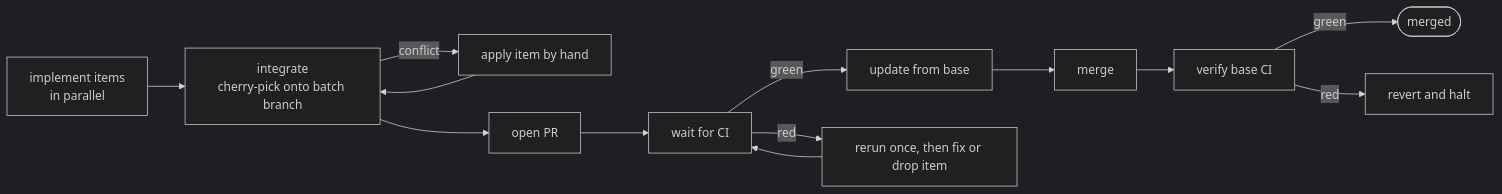
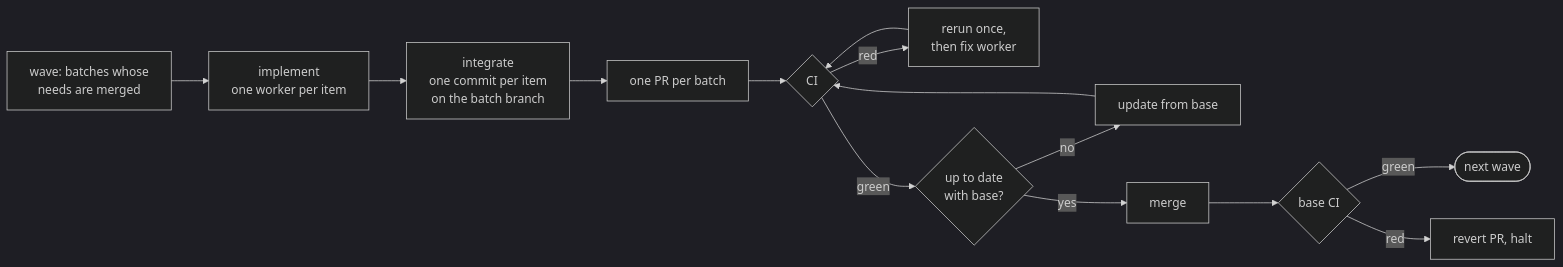
One commit to aanyberg/agent-conventions changed the second of 2 diagrams in skills/backlog-loop/README.md. Above: the diagram before and after it, drawn with Mermaid (dark theme). The commit also changed other lines of this file and 35 other files, not shown here.

````diff
--- a/skills/backlog-loop/README.md
+++ b/skills/backlog-loop/README.md
@@ -118,15 +122,16 @@
 ```mermaid
 flowchart LR
-    P["implement items<br/>in parallel"] --> Q["integrate<br/>cherry-pick onto batch branch"]
-    Q -->|conflict| R[apply item by hand]
-    R --> Q
-    Q --> B[open PR]
-    B --> C[wait for CI]
-    C -->|green| D[update from base]
-    C -->|red| E[rerun once, then fix or drop item]
-    E --> C
-    D --> F[merge]
-    F --> G[verify base CI]
-    G -->|green| H([merged])
-    G -->|red| I[revert and halt]
+    W["wave: batches whose<br/>needs are merged"] --> I["implement<br/>one worker per item"]
+    I --> G["integrate<br/>one commit per item<br/>on the batch branch"]
+    G --> P["one PR per batch"]
+    P --> C{CI}
+    C -->|red| R["rerun once,<br/>then fix worker"]
+    R --> C
+    C -->|green| U{"up to date<br/>with base?"}
+    U -->|no| B["update from base"]
+    B --> C
+    U -->|yes| M[merge]
+    M --> V{"base CI"}
+    V -->|green| N(["next wave"])
+    V -->|red| X["revert PR, halt"]
 ```
````
